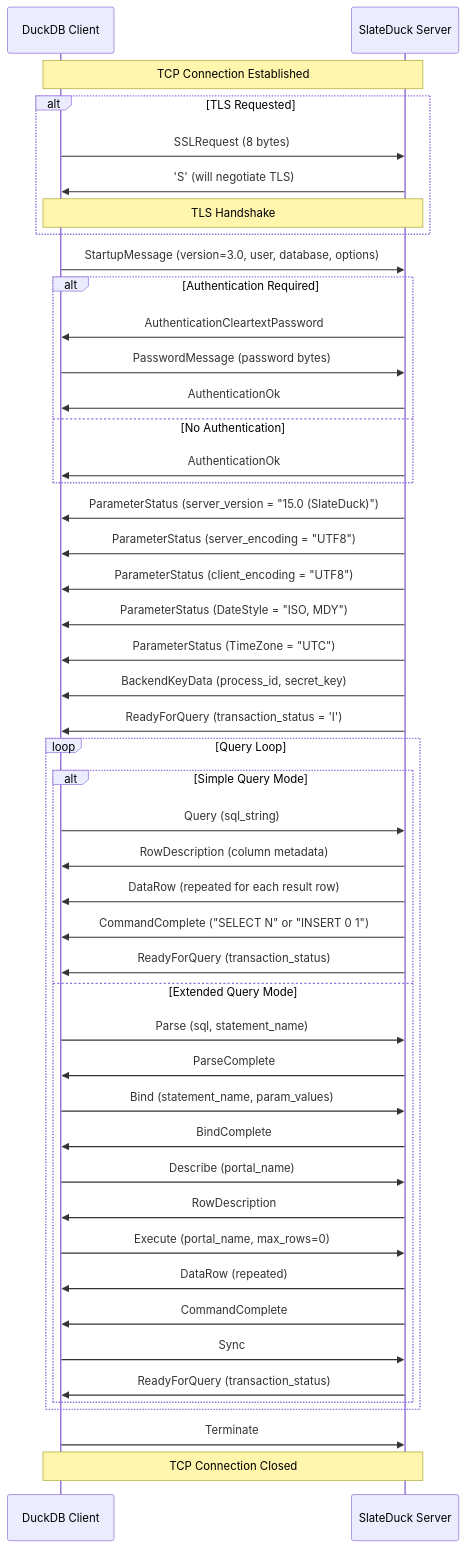
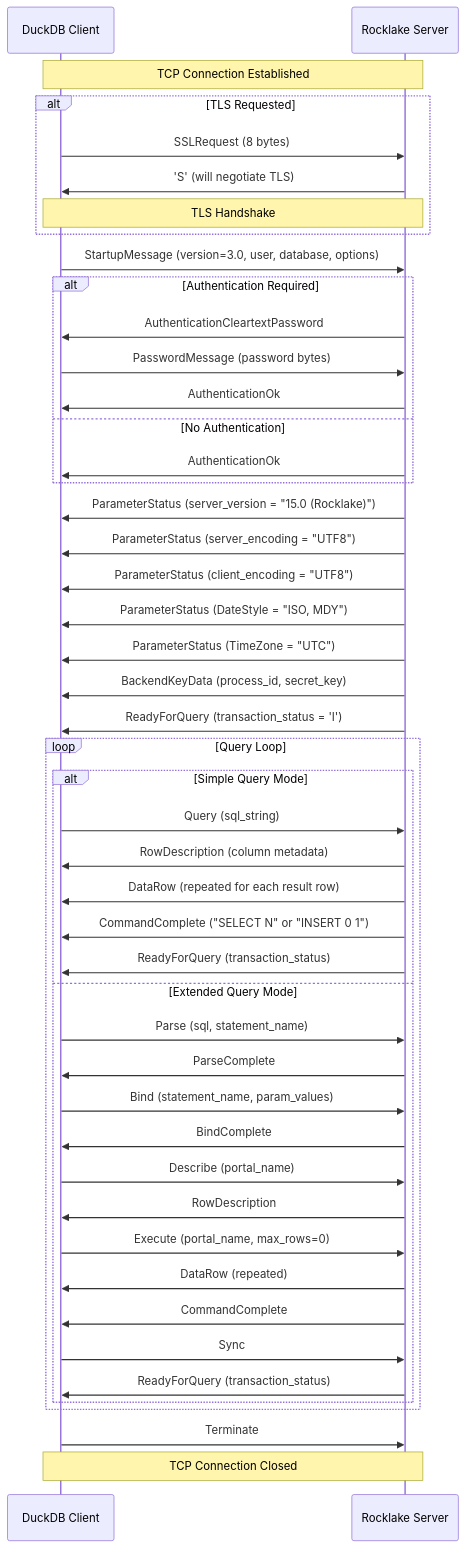
Before and after one commit to trickle-labs/slateduck: the diagram in docs/architecture/pg-wire-protocol.md, drawn with Mermaid. The commit also changed other lines of this file and 396 other files, not shown here.

First line of the commit message:
rename: SlateDuck -> Rocklake across entire codebase

````diff
--- a/docs/architecture/pg-wire-protocol.md
+++ b/docs/architecture/pg-wire-protocol.md
@@ -22,56 +22,56 @@
 ```mermaid
 sequenceDiagram
     participant C as DuckDB Client
-    participant S as SlateDuck Server
+    participant S as Rocklake Server
 
     Note over C,S: TCP Connection Established
     
     alt TLS Requested
         C->>S: SSLRequest (8 bytes)
         S->>C: 'S' (will negotiate TLS)
         Note over C,S: TLS Handshake
     end
     
     C->>S: StartupMessage (version=3.0, user, database, options)
     
     alt Authentication Required
         S->>C: AuthenticationCleartextPassword
         C->>S: PasswordMessage (password bytes)
         S->>C: AuthenticationOk
     else No Authentication
         S->>C: AuthenticationOk
     end
     
-    S->>C: ParameterStatus (server_version = "15.0 (SlateDuck)")
+    S->>C: ParameterStatus (server_version = "15.0 (Rocklake)")
     S->>C: ParameterStatus (server_encoding = "UTF8")
     S->>C: ParameterStatus (client_encoding = "UTF8")
     S->>C: ParameterStatus (DateStyle = "ISO, MDY")
     S->>C: ParameterStatus (TimeZone = "UTC")
     S->>C: BackendKeyData (process_id, secret_key)
     S->>C: ReadyForQuery (transaction_status = 'I')
     
     loop Query Loop
         alt Simple Query Mode
             C->>S: Query (sql_string)
             S->>C: RowDescription (column metadata)
             S->>C: DataRow (repeated for each result row)
             S->>C: CommandComplete ("SELECT N" or "INSERT 0 1")
             S->>C: ReadyForQuery (transaction_status)
         else Extended Query Mode
             C->>S: Parse (sql, statement_name)
             S->>C: ParseComplete
             C->>S: Bind (statement_name, param_values)
             S->>C: BindComplete
             C->>S: Describe (portal_name)
             S->>C: RowDescription
             C->>S: Execute (portal_name, max_rows=0)
             S->>C: DataRow (repeated)
             S->>C: CommandComplete
             C->>S: Sync
             S->>C: ReadyForQuery (transaction_status)
         end
     end
     
     C->>S: Terminate
     Note over C,S: TCP Connection Closed
 ```
````
